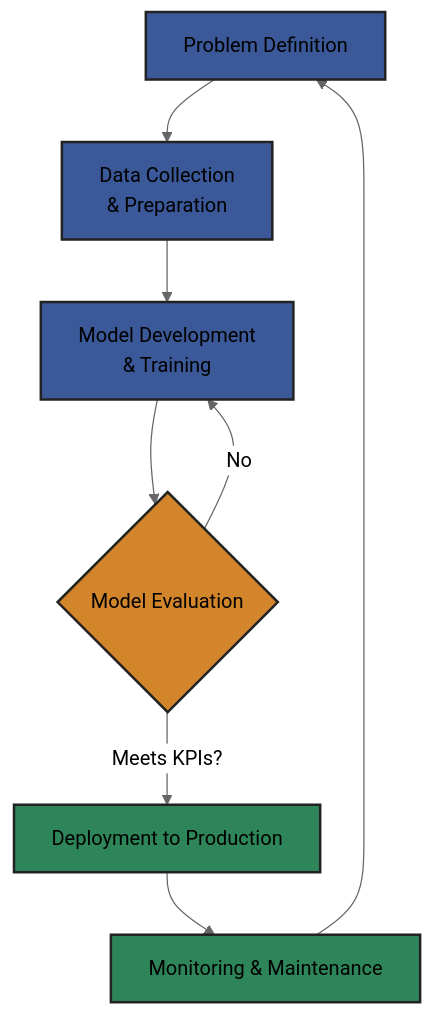
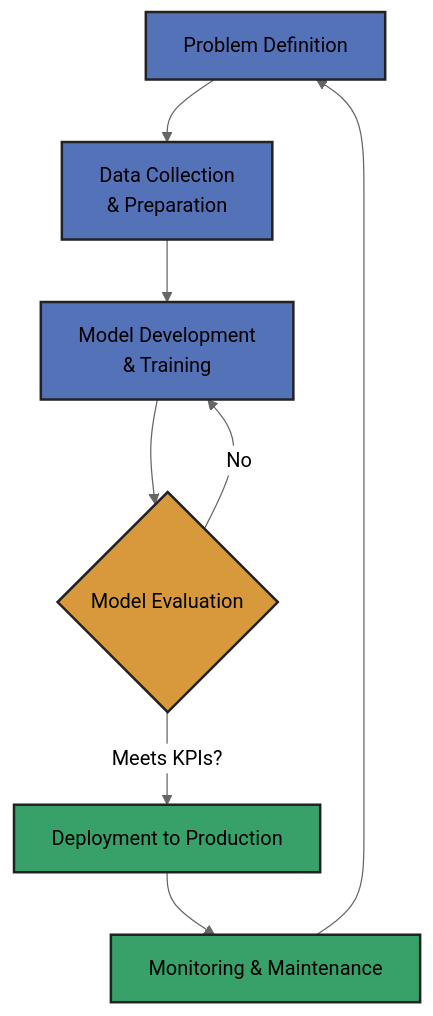
Before and after one commit to 89jobrien/examples: the first of 5 diagrams in README.md, drawn with Mermaid (neutral theme). The commit also changed other lines of this file, not shown here.

````diff
--- a/README.md
+++ b/README.md
@@ -9,17 +9,17 @@
 ```mermaid
 graph TD
     A[Problem Definition] --> B[Data Collection<br>& Preparation]
     B --> C[Model Development<br>& Training]
     C --> D{Model Evaluation}
     D -- Meets KPIs? --> E[Deployment to Production]
     D -- No --> C
     E --> F[Monitoring & Maintenance]
     F --> A
 
-    style A fill:#3b5998,stroke:#222,stroke-width:2px
-    style B fill:#3b5998,stroke:#222,stroke-width:2px
-    style C fill:#3b5998,stroke:#222,stroke-width:2px
-    style D fill:#d2852b,stroke:#222,stroke-width:2px
-    style E fill:#2f855a,stroke:#222,stroke-width:2px
-    style F fill:#2f855a,stroke:#222,stroke-width:2px
+    style A fill:#5472b8,stroke:#222,stroke-width:2px
+    style B fill:#5472b8,stroke:#222,stroke-width:2px
+    style C fill:#5472b8,stroke:#222,stroke-width:2px
+    style D fill:#d7993c,stroke:#222,stroke-width:2px
+    style E fill:#38a169,stroke:#222,stroke-width:2px
+    style F fill:#38a169,stroke:#222,stroke-width:2px
 ```
````
